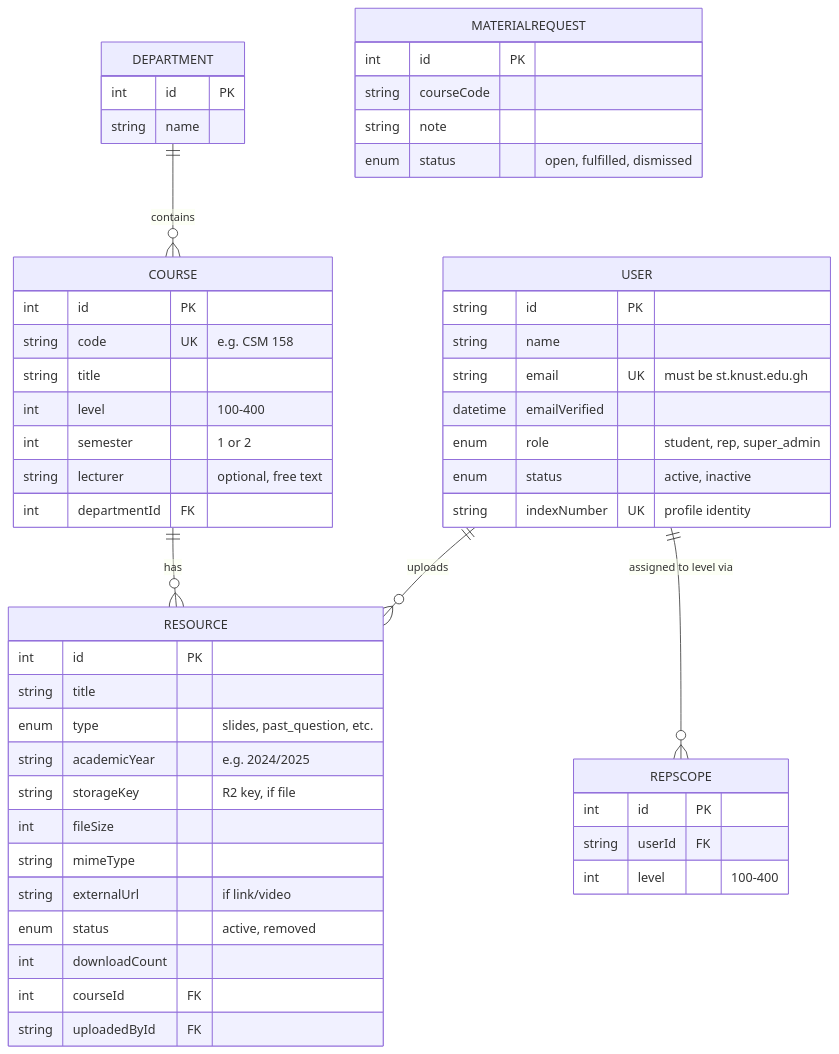
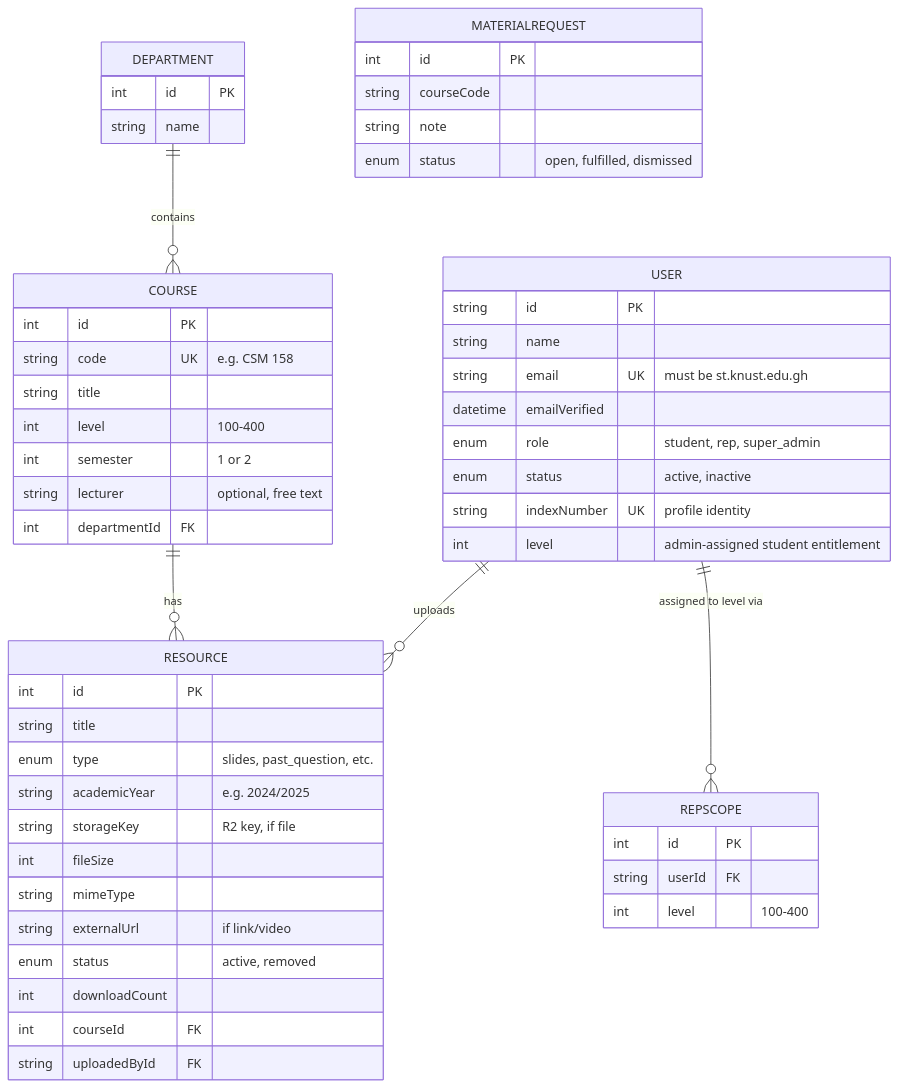
The fifth of 8 diagrams in docs/CS-Resource-Hub-Design-v1.1.md (Memuna1Lukman/CS-project), drawn with Mermaid before and after one commit. The commit also changed other lines of this file and 20 other files, not shown here.

````diff
--- a/docs/CS-Resource-Hub-Design-v1.1.md
+++ b/docs/CS-Resource-Hub-Design-v1.1.md
@@ -153,55 +153,56 @@
 ```mermaid
 erDiagram
     DEPARTMENT ||--o{ COURSE : contains
     COURSE ||--o{ RESOURCE : has
     USER ||--o{ RESOURCE : uploads
     USER ||--o{ REPSCOPE : "assigned to level via"
 
     DEPARTMENT {
         int id PK
         string name
     }
     COURSE {
         int id PK
         string code UK "e.g. CSM 158"
         string title
         int level "100-400"
         int semester "1 or 2"
         string lecturer "optional, free text"
         int departmentId FK
     }
     RESOURCE {
         int id PK
         string title
         enum type "slides, past_question, etc."
         string academicYear "e.g. 2024/2025"
         string storageKey "R2 key, if file"
         int fileSize
         string mimeType
         string externalUrl "if link/video"
         enum status "active, removed"
         int downloadCount
         int courseId FK
         string uploadedById FK
     }
     USER {
         string id PK
         string name
         string email UK "must be st.knust.edu.gh"
         datetime emailVerified
         enum role "student, rep, super_admin"
         enum status "active, inactive"
         string indexNumber UK "profile identity"
+        int level "admin-assigned student entitlement"
     }
     REPSCOPE {
         int id PK
         string userId FK
         int level "100-400"
     }
     MATERIALREQUEST {
         int id PK
         string courseCode
         string note
         enum status "open, fulfilled, dismissed"
     }
 ```
````
